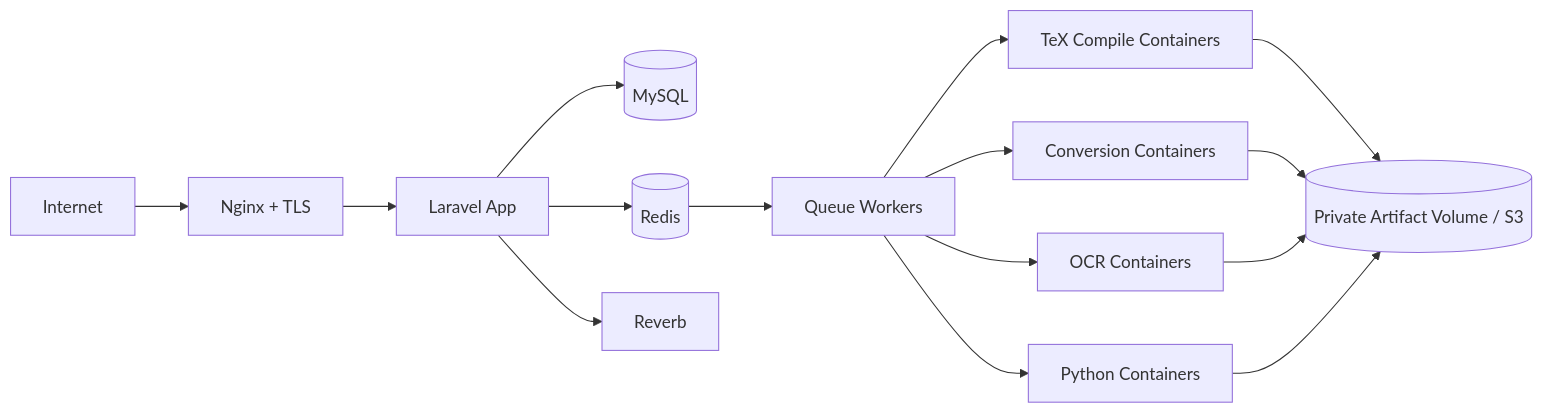
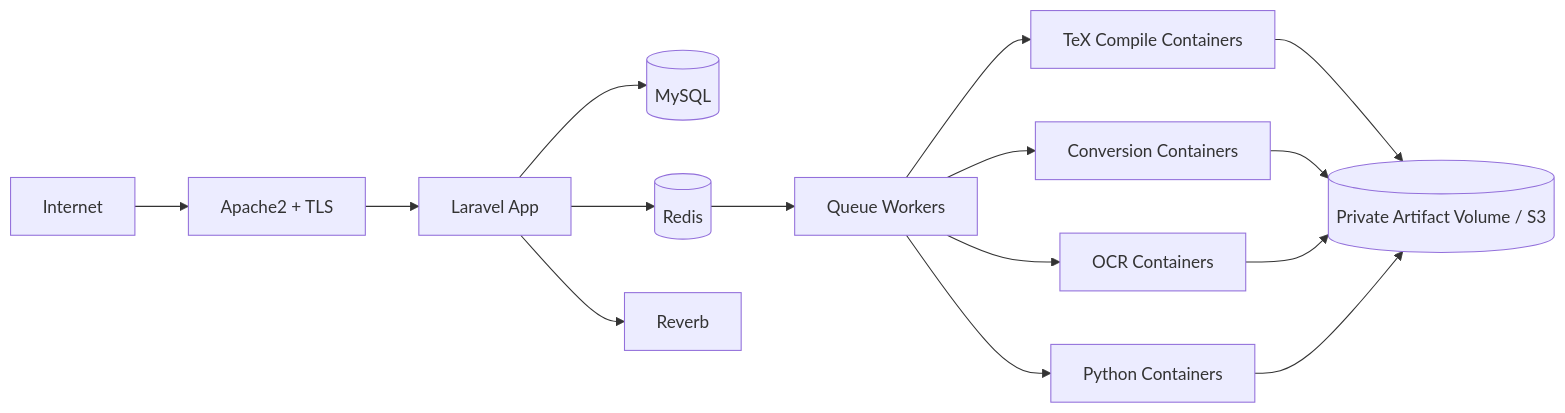
The second of 3 diagrams in guide/mainfeatures/02-ARCHITECTURE.md (vanlalruata/LaTex-Studio), drawn with Mermaid before and after one commit. The commit also changed other lines of this file and 26 other files, not shown here.

````diff
--- a/guide/mainfeatures/02-ARCHITECTURE.md
+++ b/guide/mainfeatures/02-ARCHITECTURE.md
@@ -202,17 +208,17 @@
 ```mermaid
 flowchart LR
-  Internet --> N[Nginx + TLS]
+  Internet --> N[Apache2 + TLS]
   N --> APP[Laravel App]
   APP --> MYSQL[(MySQL)]
   APP --> REDIS[(Redis)]
   APP --> REV[Reverb]
   REDIS --> Q[Queue Workers]
   Q --> COMP[TeX Compile Containers]
   Q --> CONV[Conversion Containers]
   Q --> OCR[OCR Containers]
   Q --> PY[Python Containers]
   COMP --> ART[(Private Artifact Volume / S3)]
   CONV --> ART
   OCR --> ART
   PY --> ART
 ```
````
